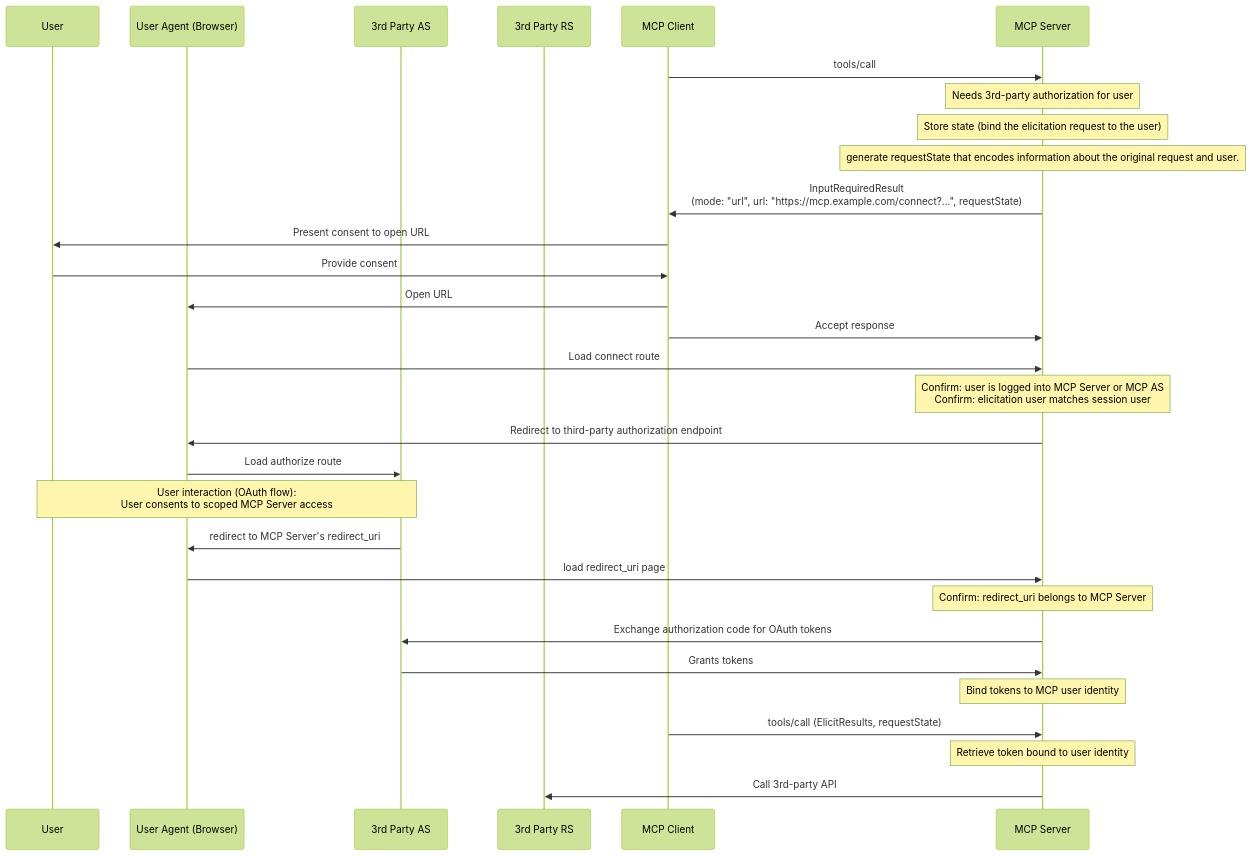
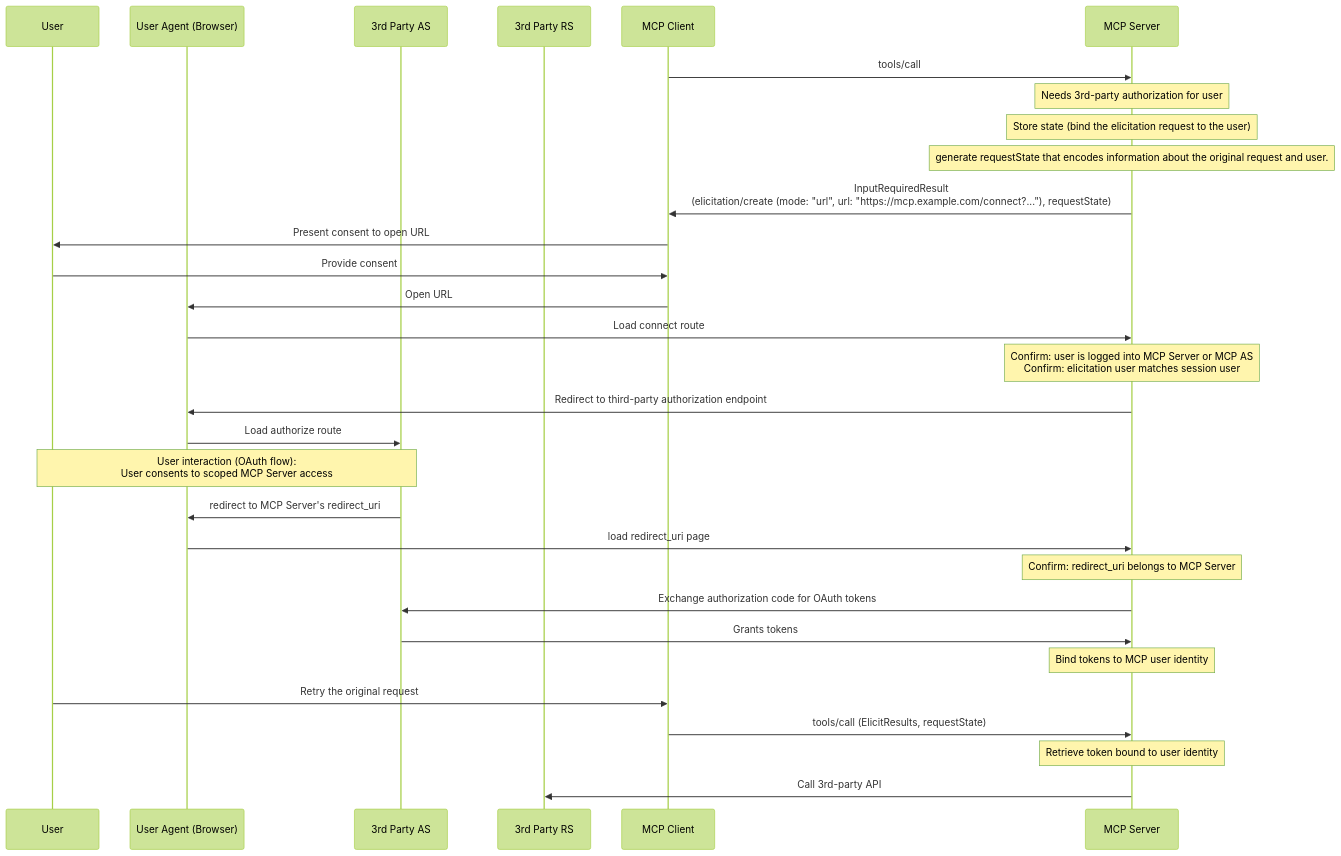
One commit to modelcontextprotocol/modelcontextprotocol changed the third of 3 diagrams in docs/specification/2026-07-28/client/elicitation.mdx. Above: the diagram before and after it, drawn with Mermaid (forest theme). The commit also changed other lines of this file and 22 other files, not shown here.

````diff
--- a/docs/specification/2026-07-28/client/elicitation.mdx
+++ b/docs/specification/2026-07-28/client/elicitation.mdx
@@ -551,35 +552,35 @@
 ```mermaid
 sequenceDiagram
     participant User
     participant UserAgent as User Agent (Browser)
     participant 3AS as 3rd Party AS
     participant 3RS as 3rd Party RS
     participant Client as MCP Client
     participant Server as MCP Server
 
     Client->>Server: tools/call
     Note over Server: Needs 3rd-party authorization for user
     Note over Server: Store state (bind the elicitation request to the user)
     Note over Server: generate requestState that encodes information about the original request and user.
-    Server->>Client: InputRequiredResult<br/>(mode: "url", url: "https://mcp.example.com/connect?...", requestState)
+    Server->>Client: InputRequiredResult<br/>(elicitation/create (mode: "url", url: "https://mcp.example.com/connect?..."), requestState)
 
     Client->>User: Present consent to open URL
     User->>Client: Provide consent
     Client->>UserAgent: Open URL
-    Client->>Server: Accept response
     UserAgent->>Server: Load connect route
 
     Note over Server: Confirm: user is logged into MCP Server or MCP AS<br>Confirm: elicitation user matches session user
     Server->>UserAgent: Redirect to third-party authorization endpoint
     UserAgent->>3AS: Load authorize route
     Note over 3AS,User: User interaction (OAuth flow):<br>User consents to scoped MCP Server access
     3AS->>UserAgent: redirect to MCP Server's redirect_uri
     UserAgent->>Server: load redirect_uri page
     Note over Server: Confirm: redirect_uri belongs to MCP Server
     Server->>3AS: Exchange authorization code for  OAuth tokens
     3AS->>Server: Grants tokens
     Note over Server: Bind tokens to MCP user identity
+    User->>Client: Retry the original request
     Client->>Server: tools/call (ElicitResults, requestState)
     Note over Server: Retrieve token bound to user identity
     Server->>3RS: Call 3rd-party API
 ```
````
